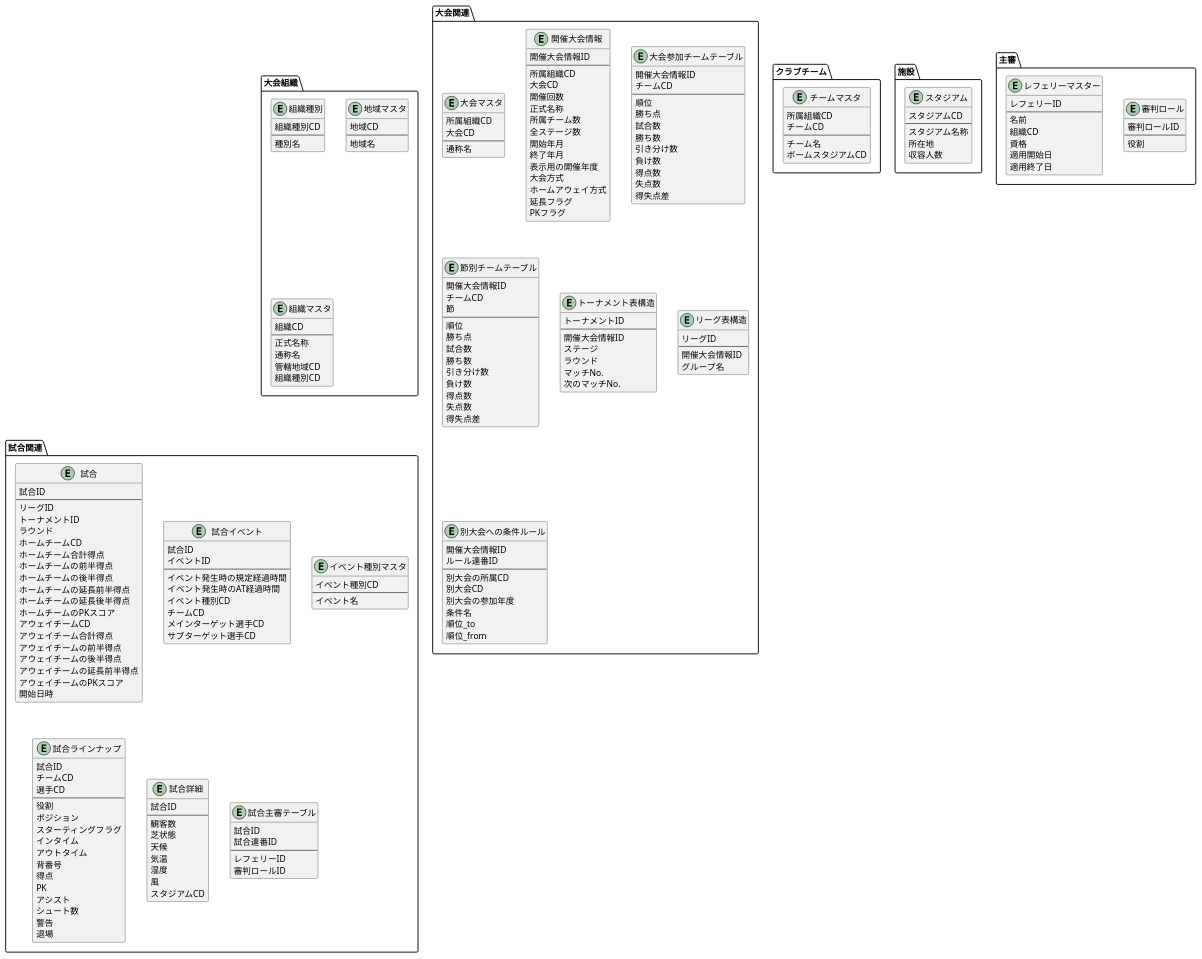
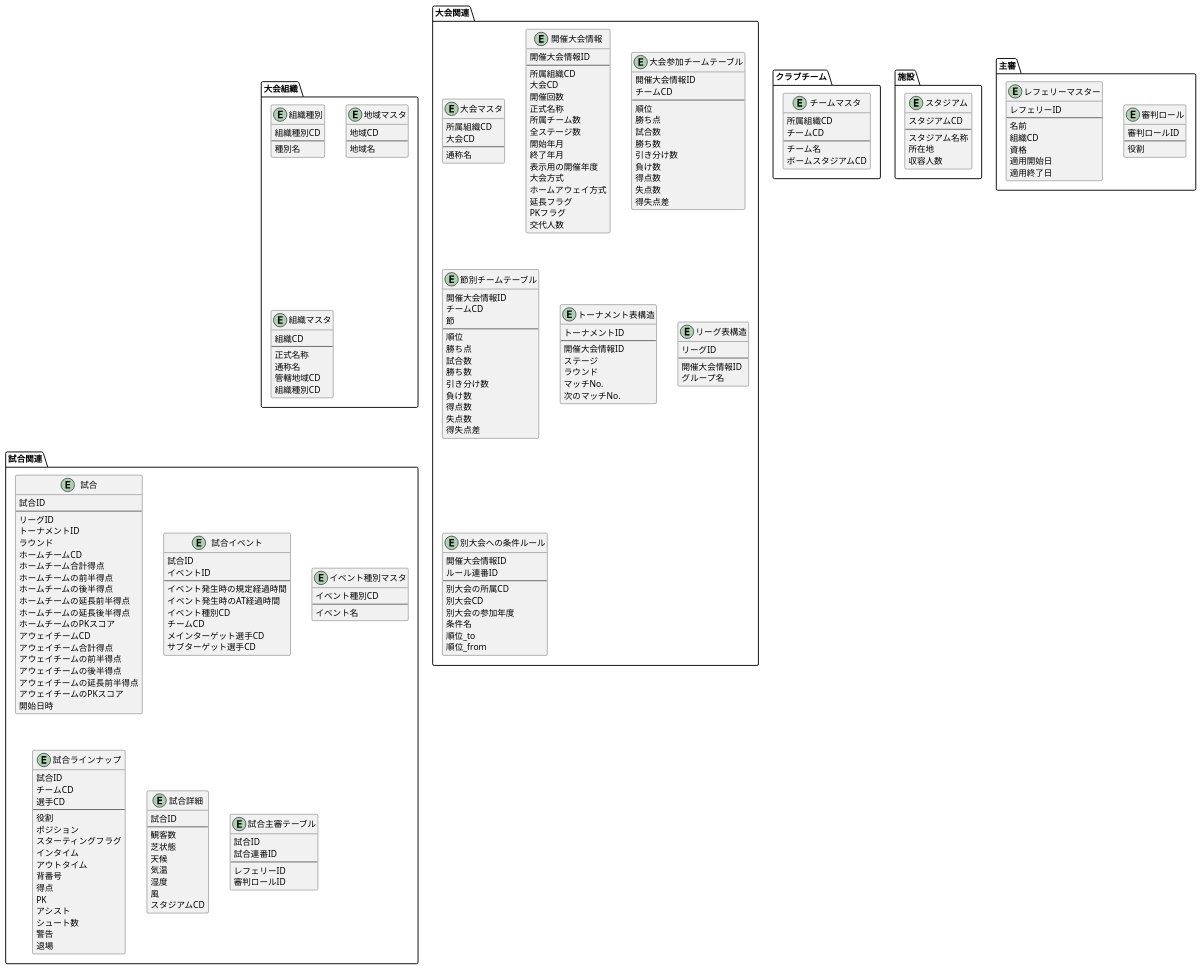
The diagram in soccker_db.puml (LCC-SYamada/SocckerDB_PlantUML), drawn with PlantUML before and after one commit.

Commit message:
交代人数を開催大会情報に追加

```diff
--- a/soccker_db.puml
+++ b/soccker_db.puml
@@ -67,6 +67,7 @@
     ホームアウェイ方式
     延長フラグ
     PKフラグ
+    交代人数
   }
 
   Entity "大会参加チームテーブル" as SeaSonTournament {
```
